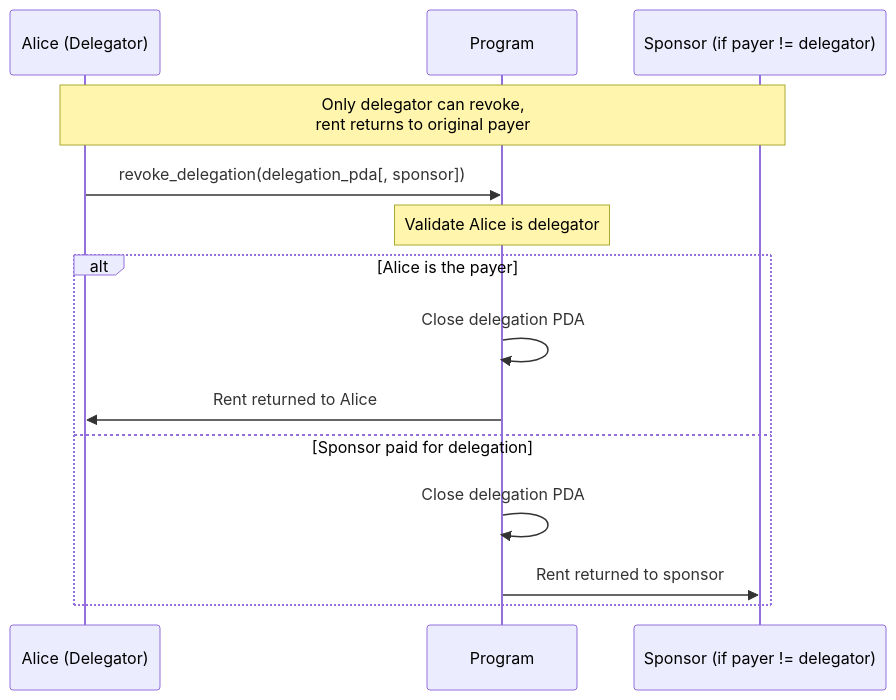
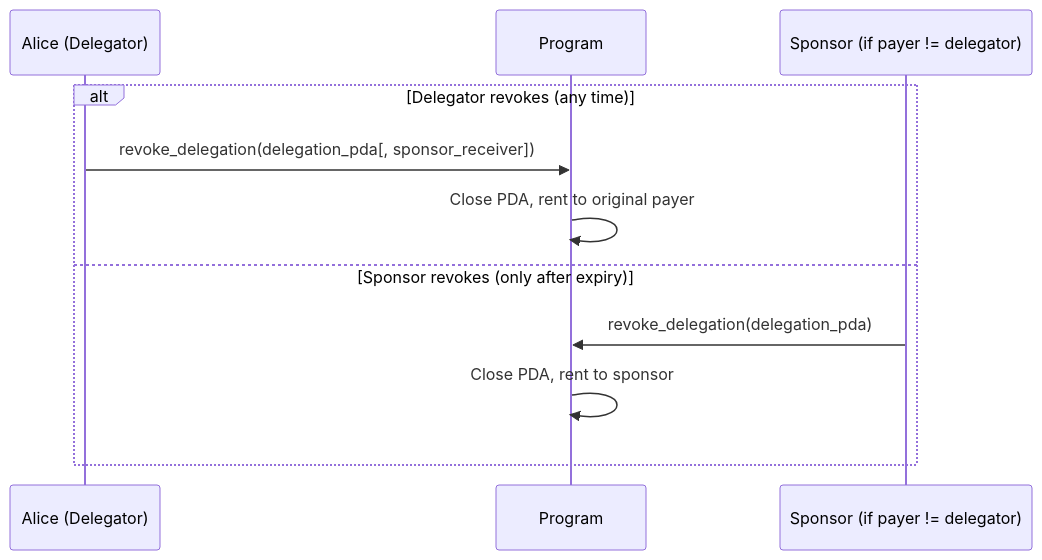
The sixth of 6 diagrams in docs/001-multi-delegator-architecture.md (solana-program/multi-delegator), drawn with Mermaid before and after one commit. The commit also changed other lines of this file and 5 other files, not shown here.

Commit message:
feat: delegation sponsor (payer) can now revoke a delegation when expired (#21)

````diff
--- a/docs/001-multi-delegator-architecture.md
+++ b/docs/001-multi-delegator-architecture.md
@@ -130,19 +130,14 @@
 ```mermaid
 sequenceDiagram
     participant A as Alice (Delegator)
     participant P as Program
     participant S as Sponsor (if payer != delegator)
 
-    Note over A,S: Only delegator can revoke,<br/>rent returns to original payer
-
-    A->>P: revoke_delegation(delegation_pda[, sponsor])
-    Note over P: Validate Alice is delegator
-
-    alt Alice is the payer
-        P->>P: Close delegation PDA
-        P->>A: Rent returned to Alice
-    else Sponsor paid for delegation
-        P->>P: Close delegation PDA
-        P->>S: Rent returned to sponsor
+    alt Delegator revokes (any time)
+        A->>P: revoke_delegation(delegation_pda[, sponsor_receiver])
+        P->>P: Close PDA, rent to original payer
+    else Sponsor revokes (only after expiry)
+        S->>P: revoke_delegation(delegation_pda)
+        P->>P: Close PDA, rent to sponsor
     end
 ```
````
